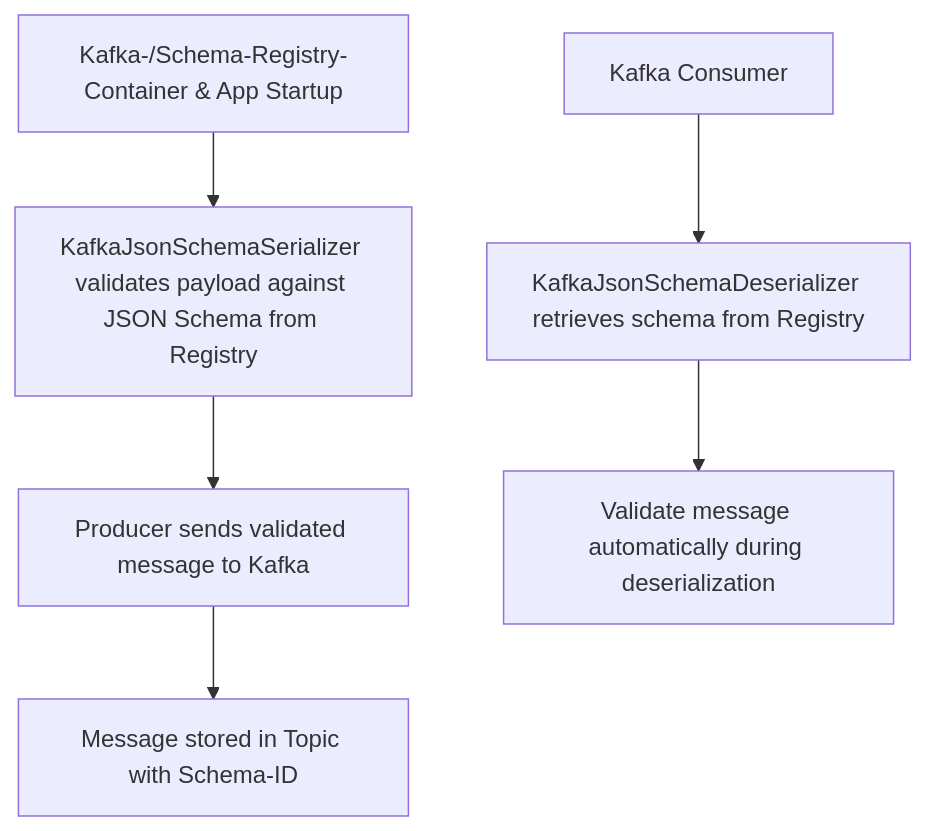
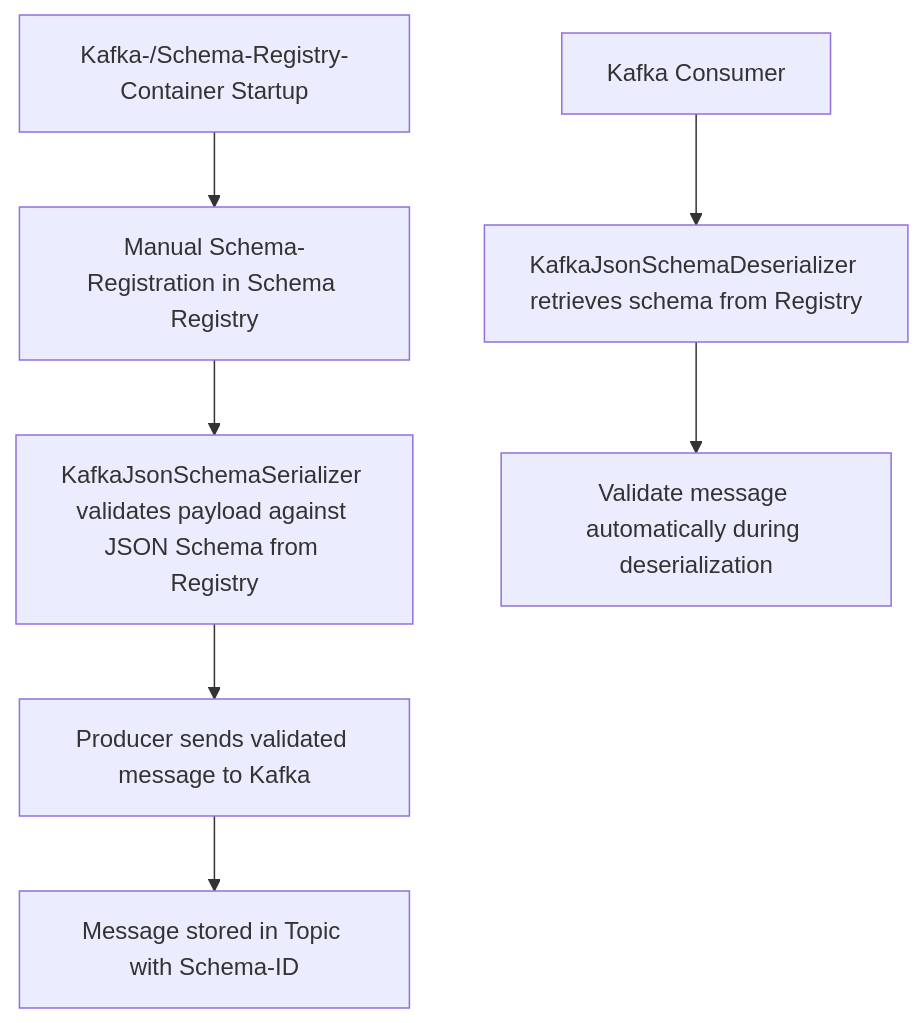
Before and after one commit to kayroone/kafka-schema-registry-poc: the diagram in README.md, drawn with Mermaid. The commit also changed 3 other files, not shown here.

Commit message:
Download von Schema beim Startup und Einbinden in async_api.yaml

````diff
--- a/README.md
+++ b/README.md
@@ -9,8 +9,10 @@
 ```mermaid
 flowchart TD
-    A[Kafka-/Schema-Registry-Container & App Startup] --> B[KafkaJsonSchemaSerializer validates payload against JSON Schema from Registry]
-    B --> C[Producer sends validated message to Kafka]
-    C --> D[Message stored in Topic with Schema-ID]
-    E[Kafka Consumer] --> F[KafkaJsonSchemaDeserializer retrieves schema from Registry]
-    F --> G[Validate message automatically during deserialization]
+  A[Kafka-/Schema-Registry-Container Startup] --> Z[Manual Schema-Registration in Schema Registry]
+  Z --> B[KafkaJsonSchemaSerializer validates payload against JSON Schema from Registry]
+  B --> C[Producer sends validated message to Kafka]
+  C --> D[Message stored in Topic with Schema-ID]
+  E[Kafka Consumer] --> F[KafkaJsonSchemaDeserializer retrieves schema from Registry]
+  F --> G[Validate message automatically during deserialization]
+
 ```
````
